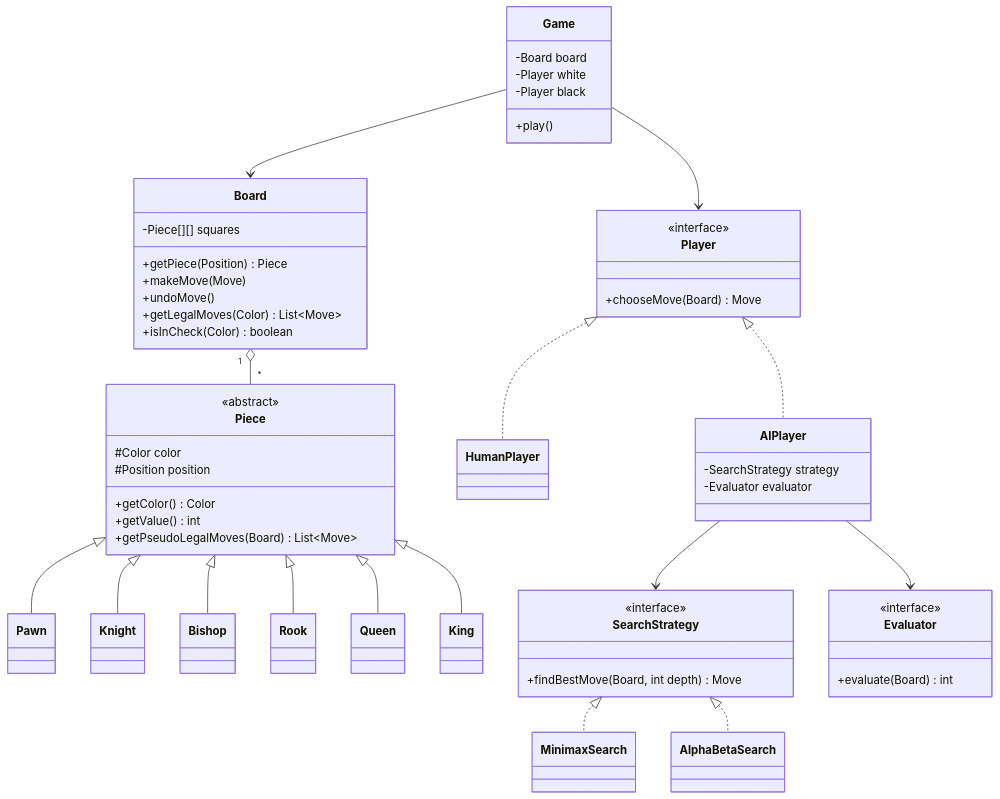
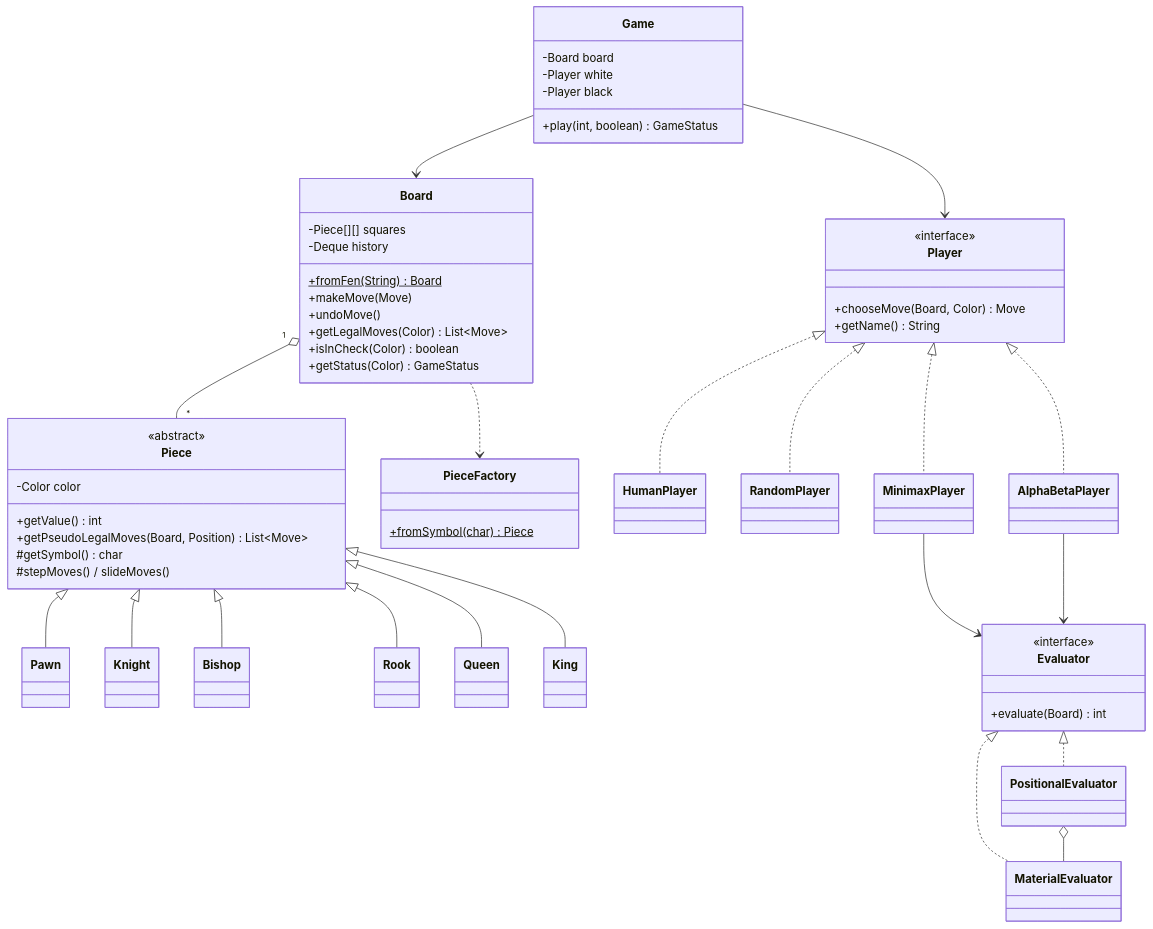
The diagram in README.md (BilimKubra/java-chess-ai), drawn with Mermaid before and after one commit. The commit also changed other lines of this file and 1 other file, not shown here.

````diff
--- a/README.md
+++ b/README.md
@@ -84,71 +130,63 @@
 ```mermaid
 classDiagram
     class Piece {
         <<abstract>>
-        #Color color
-        #Position position
-        +getColor() Color
+        -Color color
         +getValue() int
-        +getPseudoLegalMoves(Board) List~Move~
+        +getPseudoLegalMoves(Board, Position) List~Move~
+        #getSymbol() char
+        #stepMoves() / slideMoves()
     }
-    class Pawn
-    class Knight
-    class Bishop
-    class Rook
-    class Queen
-    class King
-
     Piece <|-- Pawn
     Piece <|-- Knight
     Piece <|-- Bishop
     Piece <|-- Rook
     Piece <|-- Queen
     Piece <|-- King
 
+    class PieceFactory {
+        +fromSymbol(char) Piece$
+    }
+
     class Board {
         -Piece[][] squares
-        +getPiece(Position) Piece
+        -Deque history
+        +fromFen(String) Board$
         +makeMove(Move)
         +undoMove()
         +getLegalMoves(Color) List~Move~
         +isInCheck(Color) boolean
+        +getStatus(Color) GameStatus
     }
+    Board "1" o-- "*" Piece
+    Board ..> PieceFactory
 
     class Player {
         <<interface>>
-        +chooseMove(Board) Move
-    }
-    class HumanPlayer
-    class AIPlayer {
-        -SearchStrategy strategy
-        -Evaluator evaluator
+        +chooseMove(Board, Color) Move
+        +getName() String
     }
     Player <|.. HumanPlayer
-    Player <|.. AIPlayer
-
-    class SearchStrategy {
-        <<interface>>
-        +findBestMove(Board, int depth) Move
-    }
-    class MinimaxSearch
-    class AlphaBetaSearch
-    SearchStrategy <|.. MinimaxSearch
-    SearchStrategy <|.. AlphaBetaSearch
+    Player <|.. RandomPlayer
+    Player <|.. MinimaxPlayer
+    Player <|.. AlphaBetaPlayer
 
     class Evaluator {
         <<interface>>
         +evaluate(Board) int
     }
+    Evaluator <|.. MaterialEvaluator
+    Evaluator <|.. PositionalEvaluator
+    PositionalEvaluator o-- MaterialEvaluator
+    MinimaxPlayer --> Evaluator
+    AlphaBetaPlayer --> Evaluator
 
-    Board "1" o-- "*" Piece
-    AIPlayer --> SearchStrategy
-    AIPlayer --> Evaluator
     class Game {
         -Board board
         -Player white
         -Player black
-        +play()
+        +play(int, boolean) GameStatus
     }
     Game --> Board
     Game --> Player
 ```
````
